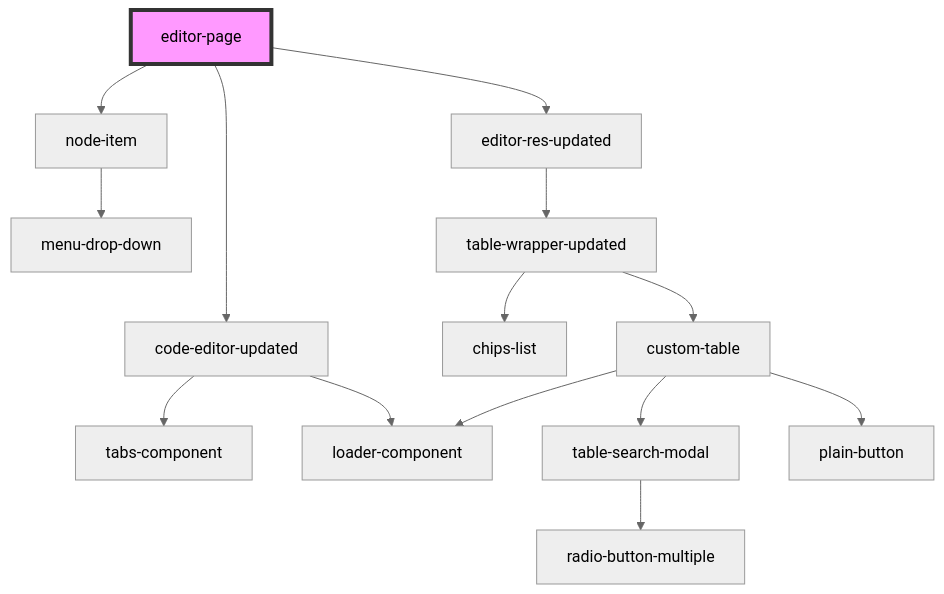
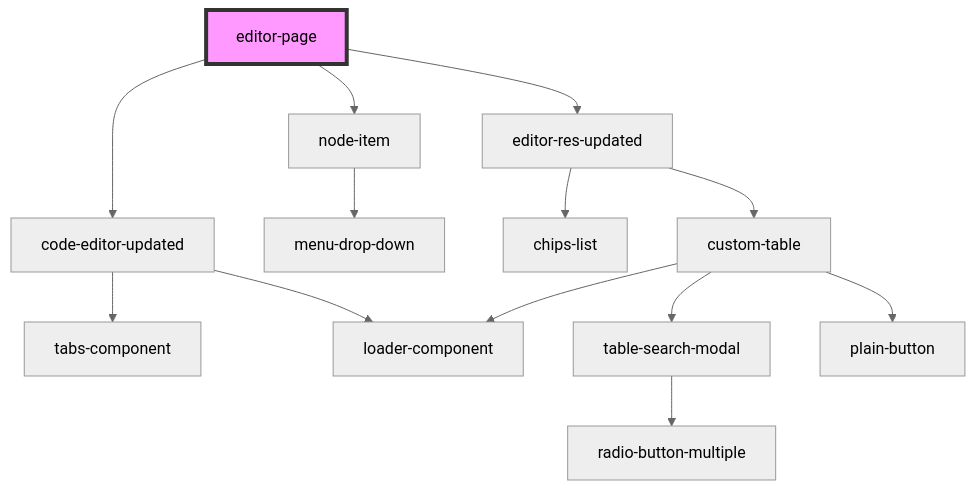
One commit to techvariable/NeptuneConnectComponents changed the diagram in src/components/editor-page/readme.md. Above: the diagram before and after it, drawn with Mermaid (neutral theme). The commit also changed 10 other files, not shown here.

````diff
--- a/src/components/editor-page/readme.md
+++ b/src/components/editor-page/readme.md
@@ -24,17 +24,16 @@
 ```mermaid
 graph TD;
   editor-page --> node-item
   editor-page --> code-editor-updated
   editor-page --> editor-res-updated
   node-item --> menu-drop-down
   code-editor-updated --> tabs-component
   code-editor-updated --> loader-component
-  editor-res-updated --> table-wrapper-updated
-  table-wrapper-updated --> chips-list
-  table-wrapper-updated --> custom-table
+  editor-res-updated --> chips-list
+  editor-res-updated --> custom-table
   custom-table --> table-search-modal
   custom-table --> loader-component
   custom-table --> plain-button
   table-search-modal --> radio-button-multiple
   style editor-page fill:#f9f,stroke:#333,stroke-width:4px
 ```
````
